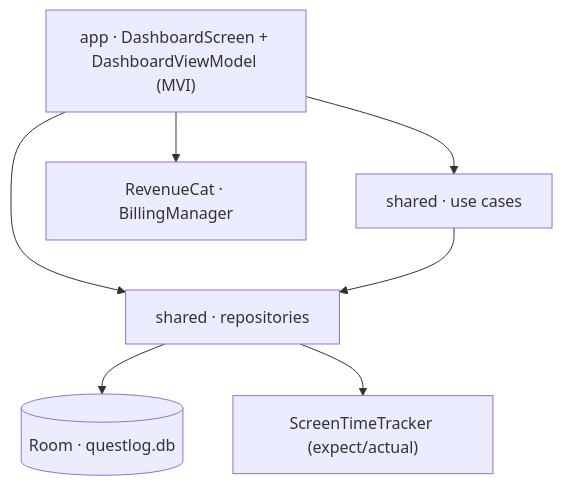
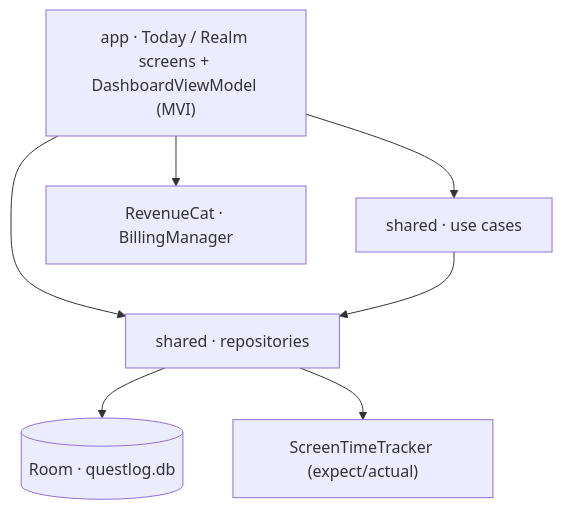
The first of 2 diagrams in README.md (udshah31/QuestLog), drawn with Mermaid before and after one commit. The commit also changed other lines of this file and 7 other files, not shown here.

````diff
--- a/README.md
+++ b/README.md
@@ -33,16 +40,16 @@
 ```mermaid
 flowchart TD
-    UI["app · DashboardScreen + DashboardViewModel (MVI)"]
+    UI["app · Today / Realm screens + DashboardViewModel (MVI)"]
     UC["shared · use cases"]
     REPO["shared · repositories"]
     DB[("Room · questlog.db")]
     TRACKER["ScreenTimeTracker (expect/actual)"]
     RC["RevenueCat · BillingManager"]
 
     UI --> UC
     UI --> REPO
     UI --> RC
     UC --> REPO
     REPO --> DB
     REPO --> TRACKER
 ```
````
